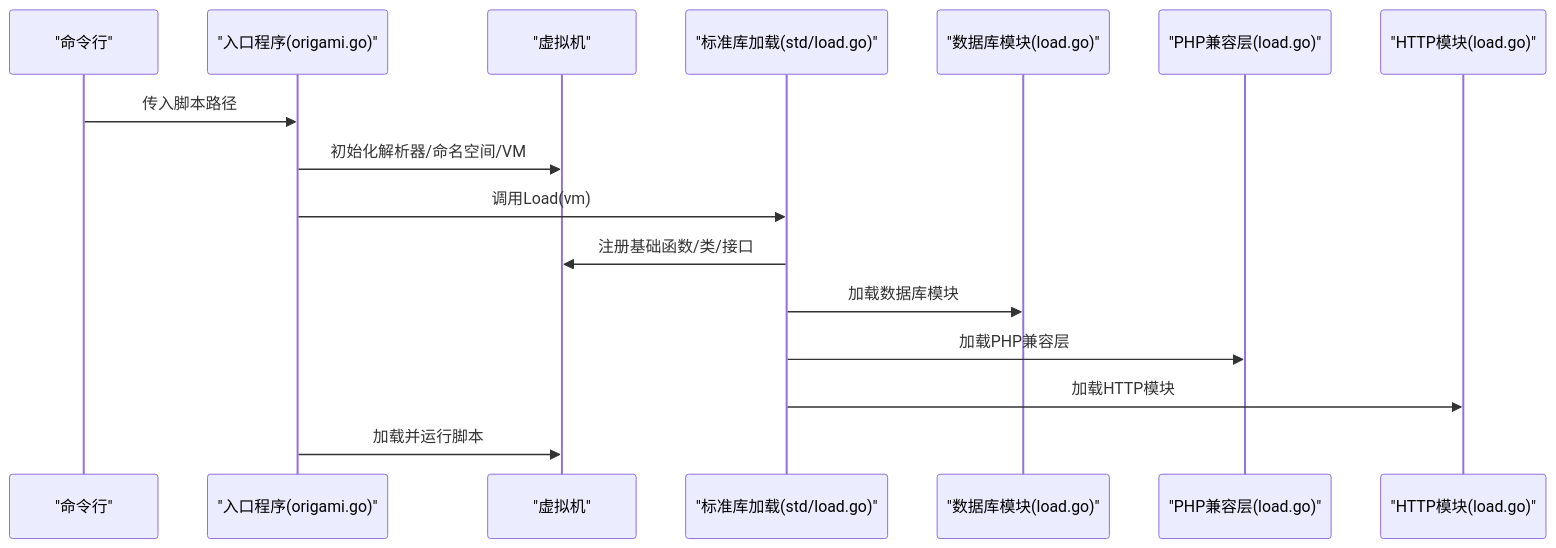
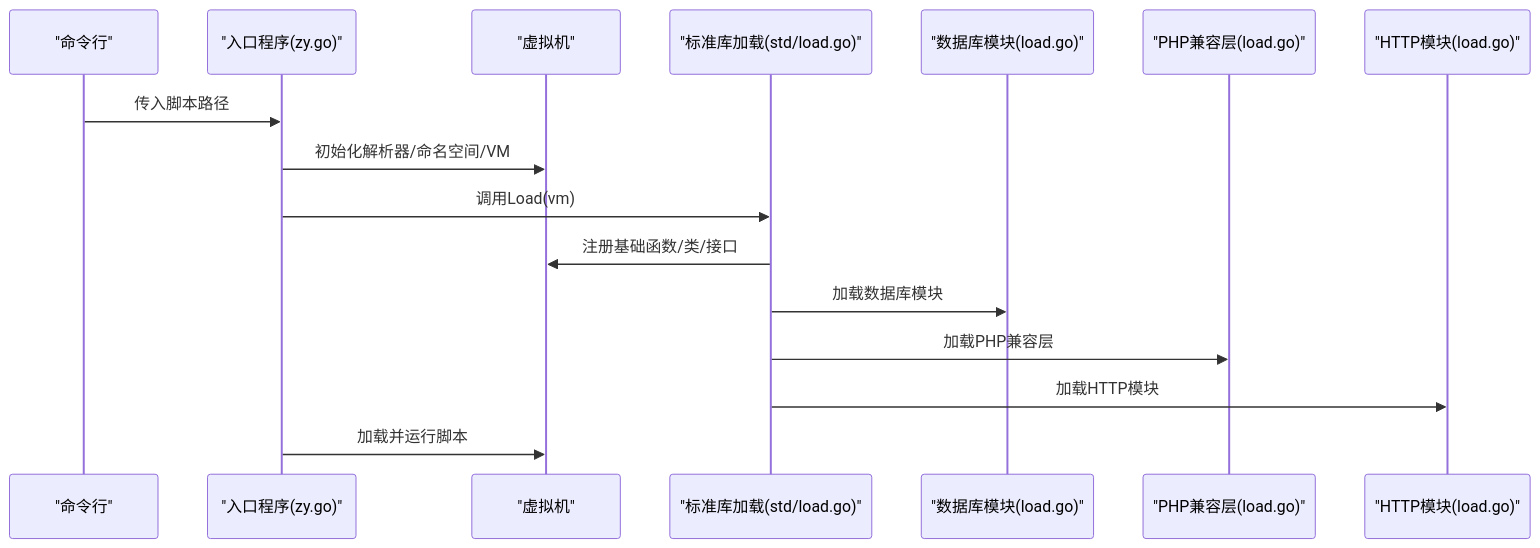
Before and after one commit to php-any/origami: the second of 5 diagrams in .qoder/repowiki/zh/content/扩展开发/标准库扩展开发/自定义模块开发.md, drawn with Mermaid. The commit also changed other lines of this file and 21 other files, not shown here.

````diff
--- a/.qoder/repowiki/zh/content/扩展开发/标准库扩展开发/自定义模块开发.md
+++ b/.qoder/repowiki/zh/content/扩展开发/标准库扩展开发/自定义模块开发.md
@@ -91,18 +91,18 @@
 ```mermaid
 sequenceDiagram
 participant CLI as "命令行"
-participant Main as "入口程序(origami.go)"
+participant Main as "入口程序(zy.go)"
 participant VM as "虚拟机"
 participant Std as "标准库加载(std/load.go)"
 participant DB as "数据库模块(load.go)"
 participant PHP as "PHP兼容层(load.go)"
 participant HTTP as "HTTP模块(load.go)"
 CLI->>Main : 传入脚本路径
 Main->>VM : 初始化解析器/命名空间/VM
 Main->>Std : 调用Load(vm)
 Std->>VM : 注册基础函数/类/接口
 Std->>DB : 加载数据库模块
 Std->>PHP : 加载PHP兼容层
 Std->>HTTP : 加载HTTP模块
 Main->>VM : 加载并运行脚本
 ```
````
